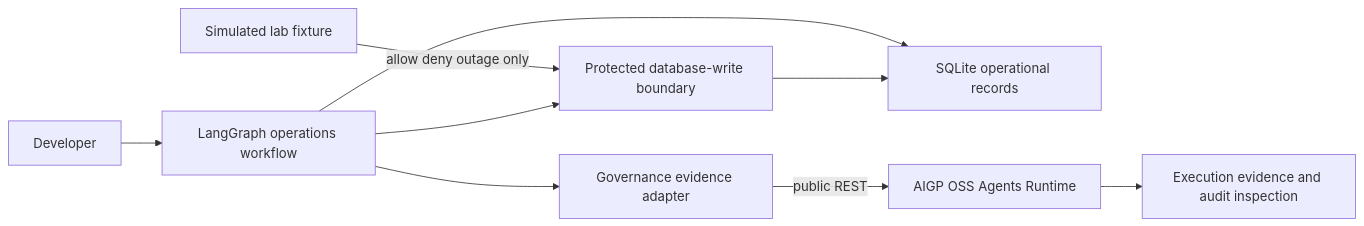
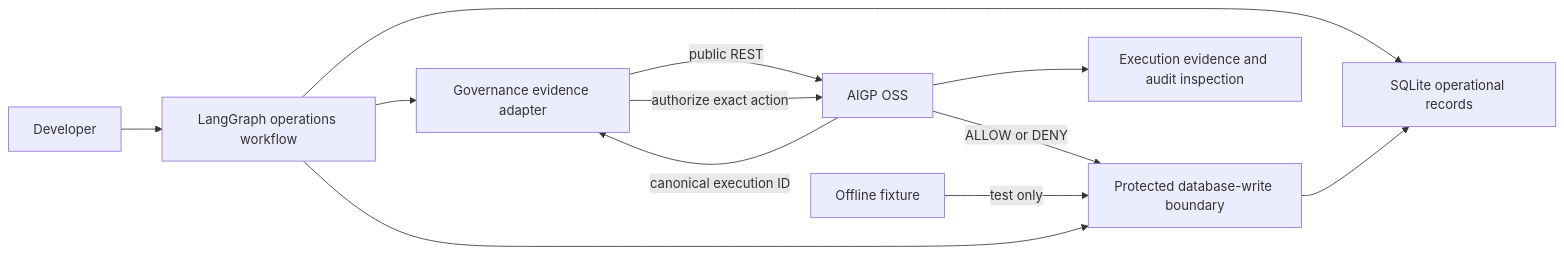
The first of 2 diagrams in agent-frameworks/langgraph/langgraph-governed-operations-intg/README.md (Bhanuj-AI/labs), drawn with Mermaid before and after one commit. The commit also changed other lines of this file and 10 other files, not shown here.

````diff
--- a/agent-frameworks/langgraph/langgraph-governed-operations-intg/README.md
+++ b/agent-frameworks/langgraph/langgraph-governed-operations-intg/README.md
@@ -22,11 +32,14 @@
 ```mermaid
 flowchart LR
     D[Developer] --> LG[LangGraph operations workflow]
     LG --> R[SQLite operational records]
     LG --> G[Governance evidence adapter]
-    G -->|public REST| B[AIGP OSS Agents Runtime]
-    F[Simulated lab fixture] -->|allow deny outage only| P[Protected database-write boundary]
+    G -->|public REST| B[AIGP OSS]
+    B -->|canonical execution ID| G
+    G -->|authorize exact action| B
+    B -->|ALLOW or DENY| P[Protected database-write boundary]
+    F[Offline fixture] -->|test only| P
     LG --> P
     P --> R
     B --> A[Execution evidence and audit inspection]
 ```
````
